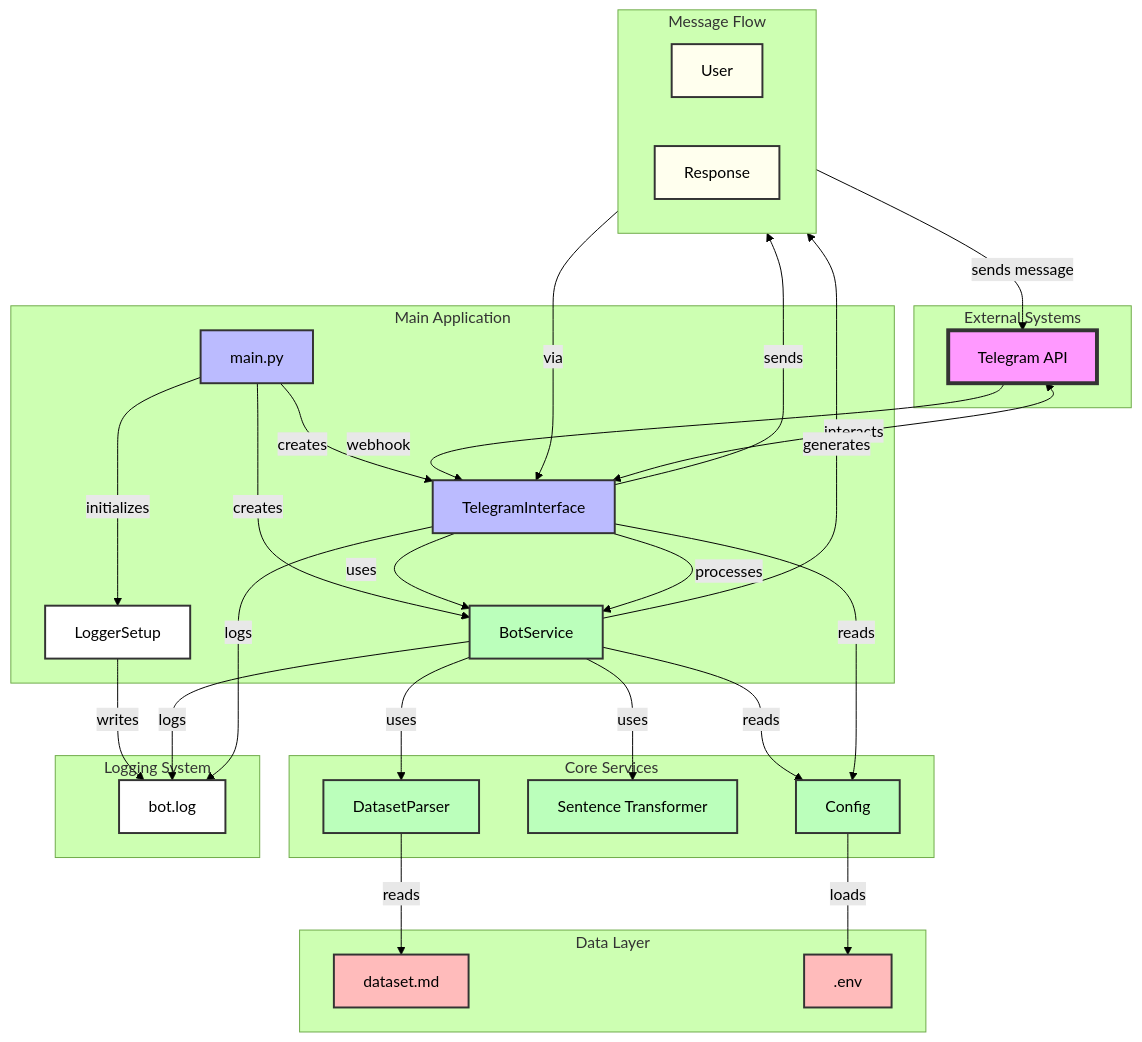
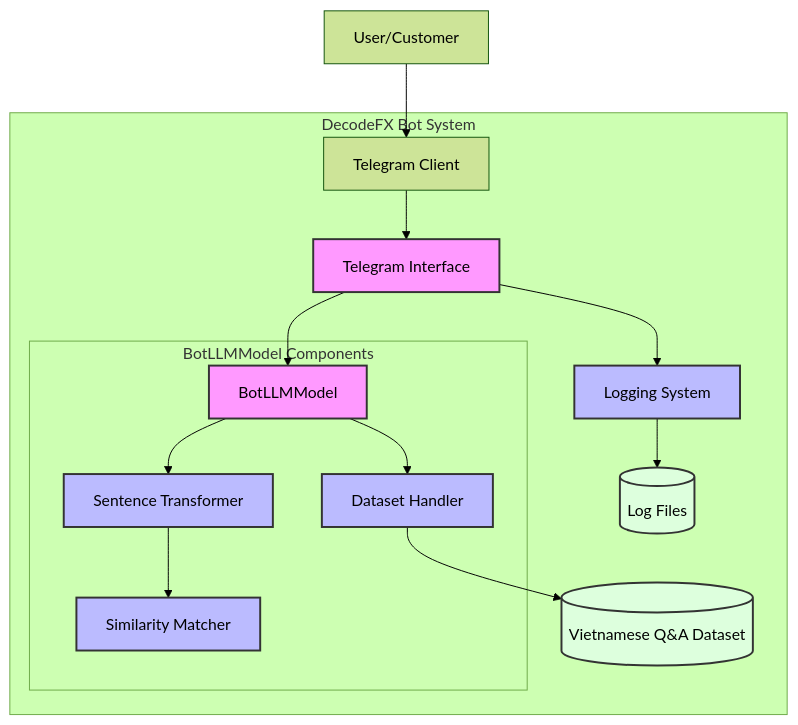
Before and after one commit to quocnh/DecodeFX_Bot: the first of 2 diagrams in README.md, drawn with Mermaid (forest theme). The commit also changed other lines of this file, not shown here.

````diff
--- a/README.md
+++ b/README.md
@@ -66,58 +67,27 @@
 ```mermaid
-graph TD
-    subgraph External ["External Systems"]
-        TG[Telegram API]
+graph TB
+    User[User/Customer] --> TG[Telegram Client]
+    
+    subgraph "DecodeFX Bot System"
+        TG --> TI[Telegram Interface]
+        TI --> Logger[Logging System]
+        TI --> BLLM[BotLLMModel]
+        
+        subgraph "BotLLMModel Components"
+            BLLM --> ST[Sentence Transformer]
+            BLLM --> DS[Dataset Handler]
+            ST --> SM[Similarity Matcher]
+        end
+        
+        DS --> MD[(Vietnamese Q&A Dataset)]
+        Logger --> LF[(Log Files)]
     end
-
-    subgraph Main ["Main Application"]
-        M[main.py]
-        M -->|initializes| LS[LoggerSetup]
-        M -->|creates| BS[BotService]
-        M -->|creates| TI[TelegramInterface]
-    end
-
-    subgraph Core ["Core Services"]
-        BS -->|uses| DP[DatasetParser]
-        BS -->|uses| ST[Sentence Transformer]
-        BS -->|reads| CF[Config]
-        TI -->|uses| BS
-        TI -->|reads| CF
-    end
-
-    subgraph Data ["Data Layer"]
-        DP -->|reads| DS[dataset.md]
-        CF -->|loads| ENV[.env]
-    end
-
-    subgraph Logging ["Logging System"]
-        LS -->|writes| LOG[bot.log]
-        BS -->|logs| LOG
-        TI -->|logs| LOG
-    end
-
-    TI <-->|interacts| TG
-
-    subgraph Flow ["Message Flow"]
-        direction LR
-        U[User] -->|sends message| TG
-        TG -->|webhook| TI
-        TI -->|processes| BS
-        BS -->|generates| R[Response]
-        R -->|via| TI
-        TI -->|sends| U
-    end
-
-classDef external fill:#f9f,stroke:#333,stroke-width:4px
-classDef main fill:#bbf,stroke:#333,stroke-width:2px
-classDef core fill:#bfb,stroke:#333,stroke-width:2px
-classDef data fill:#fbb,stroke:#333,stroke-width:2px
-classDef logging fill:#fff,stroke:#333,stroke-width:2px
-classDef flow fill:#ffe,stroke:#333,stroke-width:2px
-
-class TG external
-class M,TI main
-class BS,DP,ST,CF core
-class DS,ENV data
-class LS,LOG logging
-class U,R flow
+    
+    classDef primary fill:#f9f,stroke:#333,stroke-width:2px
+    classDef secondary fill:#bbf,stroke:#333,stroke-width:2px
+    classDef storage fill:#dfd,stroke:#333,stroke-width:2px
+    
+    class TI,BLLM primary
+    class ST,DS,SM,Logger secondary
+    class MD,LF storage
 ```
````
